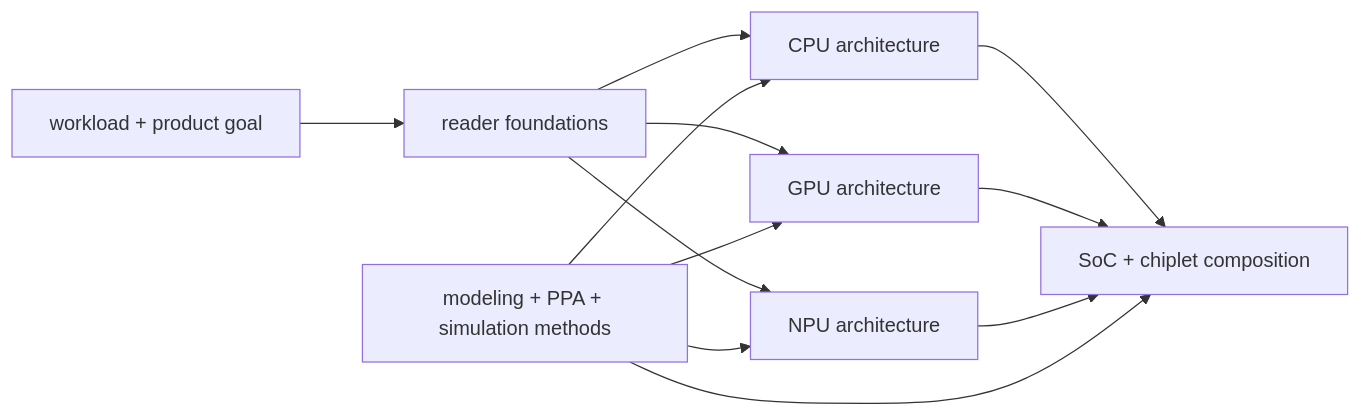
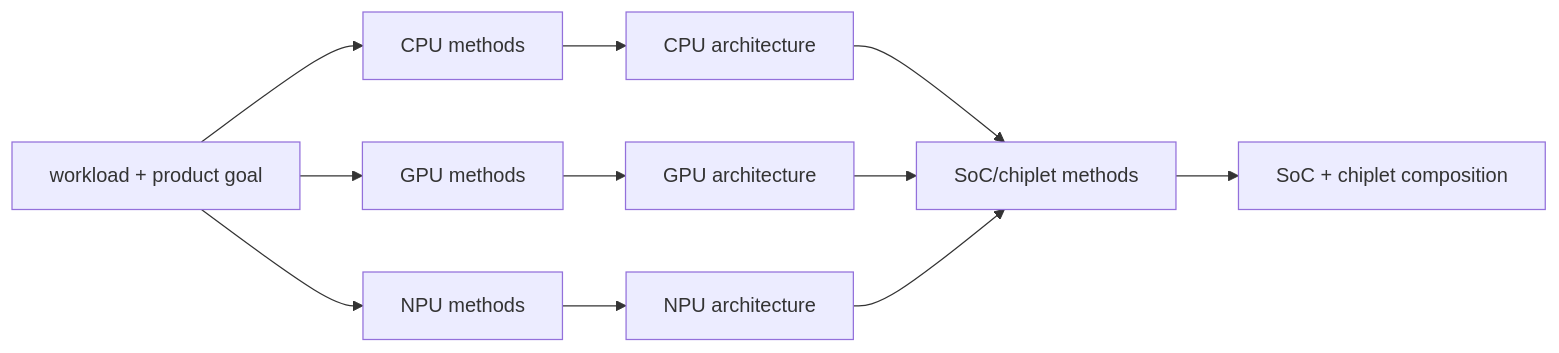
The diagram in 01_Architecture_and_PPA/00_Index.md (Wty2003328/silicon-design-notebook), drawn with Mermaid before and after one commit. The commit also changed other lines of this file and 80 other files, not shown here.

Commit message:
Reorganize methods into architecture books

```diff
--- a/01_Architecture_and_PPA/00_Index.md
+++ b/01_Architecture_and_PPA/00_Index.md
@@ -21,14 +21,10 @@
 ~~~mermaid
 flowchart LR
-    Need["workload + product goal"] --> Primer["reader foundations"]
-    Primer --> CPU["CPU architecture"]
-    Primer --> GPU["GPU architecture"]
-    Primer --> NPU["NPU architecture"]
-    CPU --> SoC["SoC + chiplet composition"]
-    GPU --> SoC
-    NPU --> SoC
-    Methods["modeling + PPA + simulation methods"] --> CPU
-    Methods --> GPU
-    Methods --> NPU
-    Methods --> SoC
+    Need["workload + product goal"] --> CM["CPU methods"] --> CPU["CPU architecture"]
+    Need --> GM["GPU methods"] --> GPU["GPU architecture"]
+    Need --> NM["NPU methods"] --> NPU["NPU architecture"]
+    CPU --> SM["SoC/chiplet methods"]
+    GPU --> SM
+    NPU --> SM
+    SM --> SoC["SoC + chiplet composition"]
 ~~~
```
